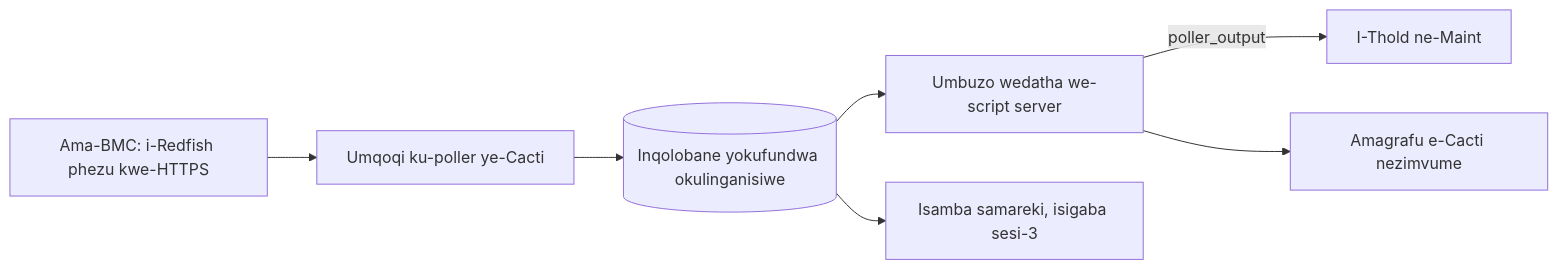
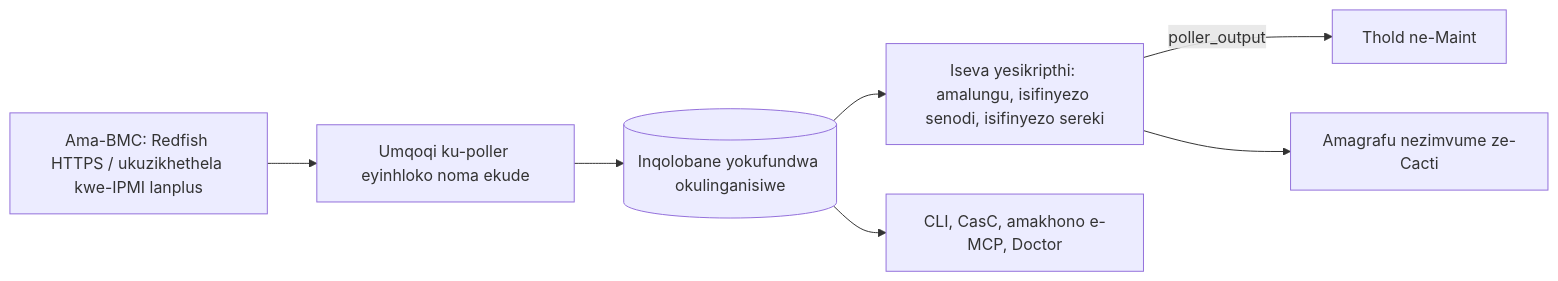
Before and after one commit to somethingwithproof/plugin_redfish: the diagram in docs/i18n/zu-ZA/README.md, drawn with Mermaid. The commit also changed other lines of this file and 47 other files, not shown here.

````diff
--- a/docs/i18n/zu-ZA/README.md
+++ b/docs/i18n/zu-ZA/README.md
@@ -92,9 +140,9 @@
 ```mermaid
 flowchart LR
-    BMC[Ama-BMC: i-Redfish phezu kwe-HTTPS] --> C[Umqoqi ku-poller ye-Cacti]
-    C --> CACHE[(Inqolobane yokufundwa okulinganisiwe)]
-    CACHE --> SS[Umbuzo wedatha we-script server]
-    SS -->|poller_output| T[I-Thold ne-Maint]
-    SS --> G[Amagrafu e-Cacti nezimvume]
-    CACHE --> R[Isamba samareki, isigaba sesi-3]
+    BMC["Ama-BMC: Redfish HTTPS / ukuzikhethela kwe-IPMI lanplus"] --> C["Umqoqi ku-poller eyinhloko noma ekude"]
+    C --> CACHE[("Inqolobane yokufundwa okulinganisiwe")]
+    CACHE --> SS["Iseva yesikripthi: amalungu, isifinyezo senodi, isifinyezo sereki"]
+    SS -->|poller_output| T["Thold ne-Maint"]
+    SS --> G["Amagrafu nezimvume ze-Cacti"]
+    CACHE --> ECO["CLI, CasC, amakhono e-MCP, Doctor"]
 ```
````
